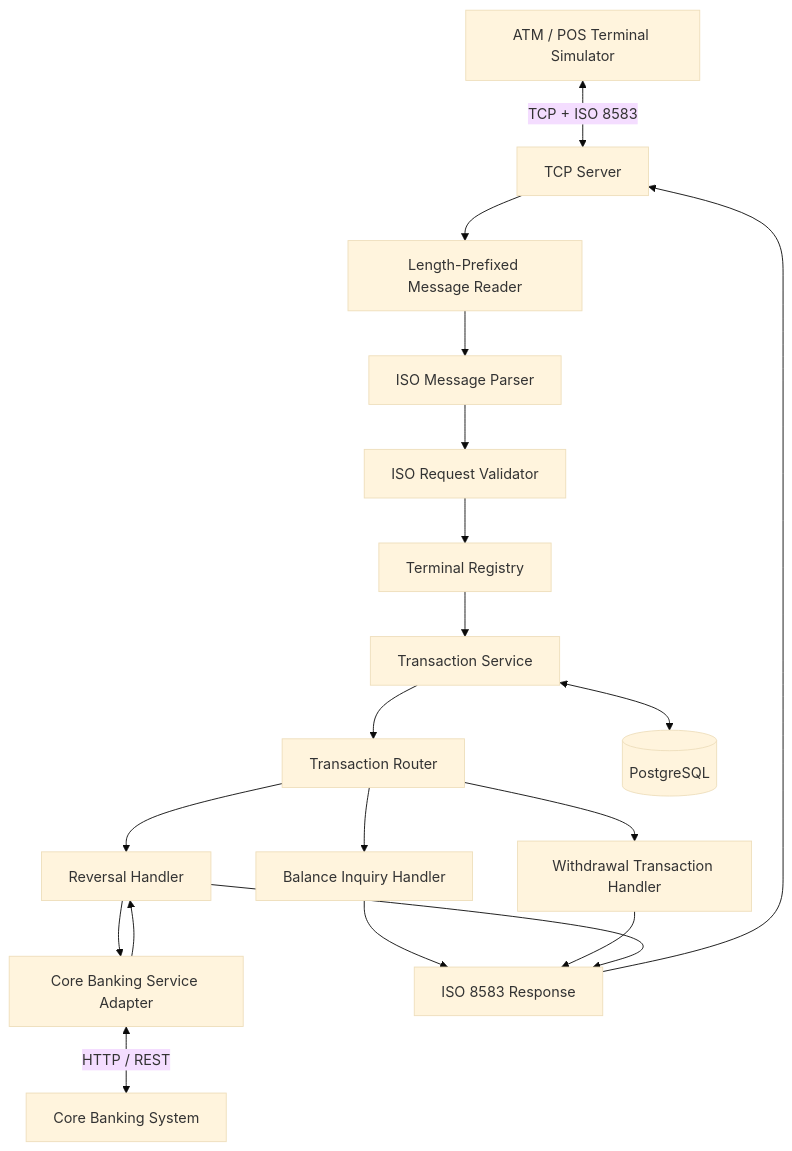
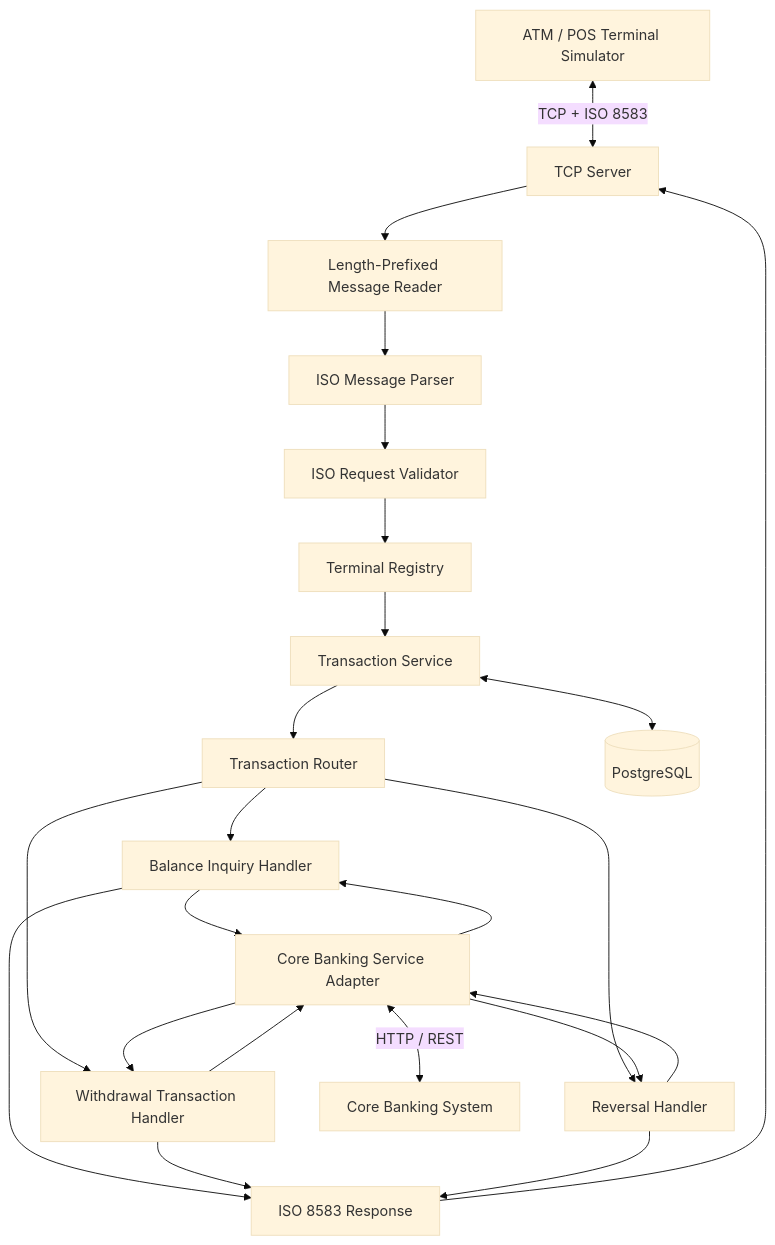
Before and after one commit to hossensyedriadh/banking: the diagram in README.md, drawn with Mermaid (base theme).

Commit message:
Update README with new routing information

````diff
--- a/README.md
+++ b/README.md
@@ -68,36 +68,40 @@
 ```mermaid
 flowchart TD
     ATM["ATM / POS Terminal Simulator"]
     TCP["TCP Server"]
     FRAMER["Length-Prefixed Message Reader"]
     PARSER["ISO Message Parser"]
     VALIDATOR["ISO Request Validator"]
     REGISTRY["Terminal Registry"]
     TX["Transaction Service"]
     ROUTER["Transaction Router"]
     BALANCE["Balance Inquiry Handler"]
     WITHDRAW["Withdrawal Transaction Handler"]
     REVERSAL["Reversal Handler"]
     CBS["Core Banking Service Adapter"]
     CORE["Core Banking System"]
     DB[("PostgreSQL")]
 
     ATM <-->|TCP + ISO 8583| TCP
     TCP --> FRAMER
     FRAMER --> PARSER
     PARSER --> VALIDATOR
     VALIDATOR --> REGISTRY
     REGISTRY --> TX
     TX <--> DB
     TX --> ROUTER
     ROUTER --> BALANCE
     ROUTER --> WITHDRAW
     ROUTER --> REVERSAL
     REVERSAL --> CBS
+    BALANCE --> CBS
+    WITHDRAW --> CBS
     CBS <-->|HTTP / REST| CORE
     BALANCE --> RESPONSE["ISO 8583 Response"]
     WITHDRAW --> RESPONSE["ISO 8583 Response"]
     CBS --> REVERSAL
+    CBS --> BALANCE
+    CBS --> WITHDRAW
     REVERSAL --> RESPONSE
     RESPONSE --> TCP
 ```
````
